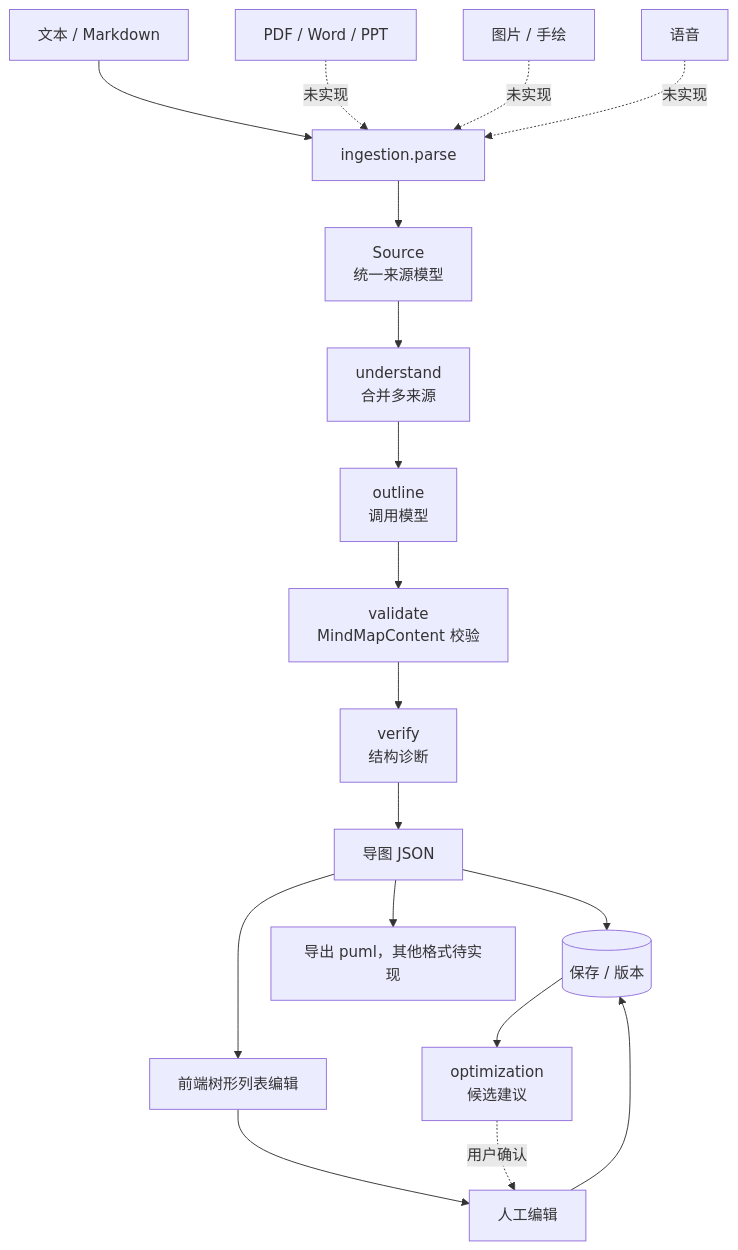
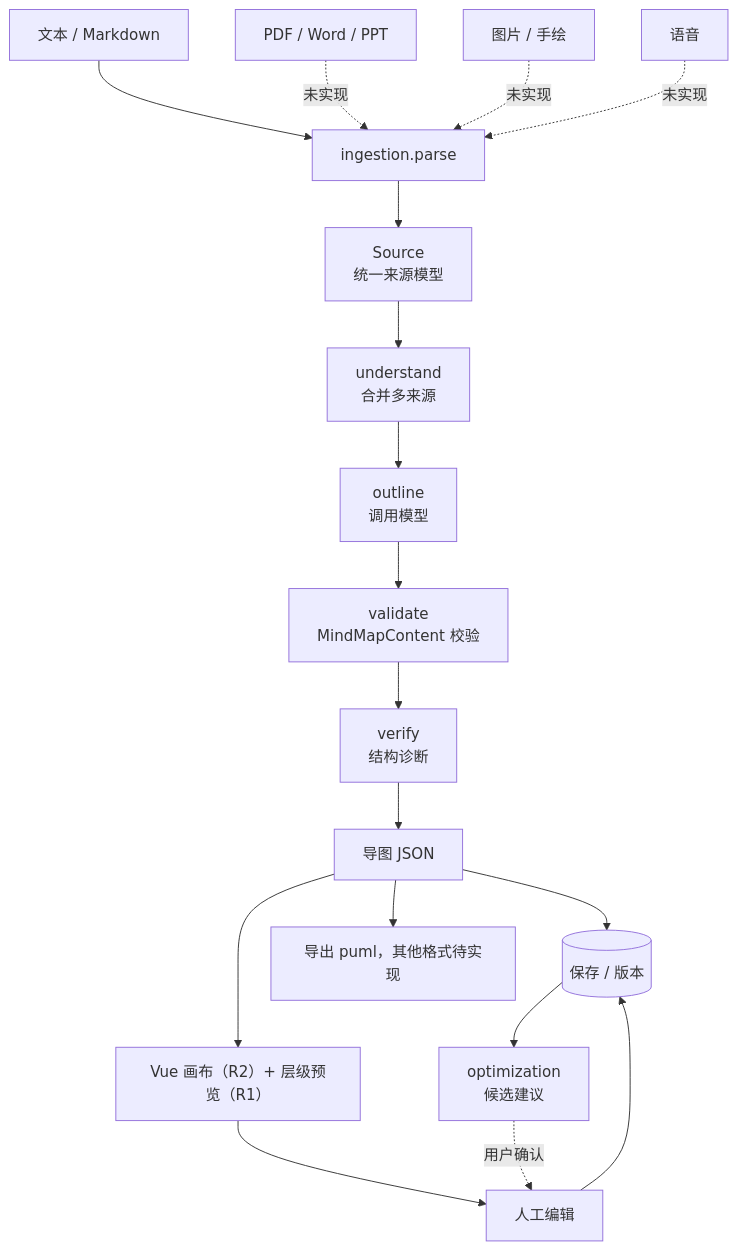
Before and after one commit to RPeGio/genai-mindmap: the diagram in docs/FLOW.md, drawn with Mermaid. The commit also changed other lines of this file and 10 other files, not shown here.

````diff
--- a/docs/FLOW.md
+++ b/docs/FLOW.md
@@ -7,22 +7,22 @@
 ```mermaid
 flowchart TD
   A1[文本 / Markdown] --> S[ingestion.parse]
   A2[PDF / Word / PPT] -.未实现.-> S
   A3[图片 / 手绘] -.未实现.-> S
   A4[语音] -.未实现.-> S
 
   S --> SRC[Source<br/>统一来源模型]
   SRC --> U[understand<br/>合并多来源]
   U --> O[outline<br/>调用模型]
   O --> V[validate<br/>MindMapContent 校验]
   V --> R[verify<br/>结构诊断]
   R --> MAP[导图 JSON]
 
   MAP --> SAVE[(保存 / 版本)]
-  MAP --> CANVAS[前端树形列表编辑]
+  MAP --> CANVAS[Vue 画布（R2）+ 层级预览（R1）]
   CANVAS --> EDIT[人工编辑]
   EDIT --> SAVE
   MAP --> EXP[导出 puml，其他格式待实现]
   SAVE --> SUG[optimization<br/>候选建议]
   SUG -.用户确认.-> EDIT
 ```
````
